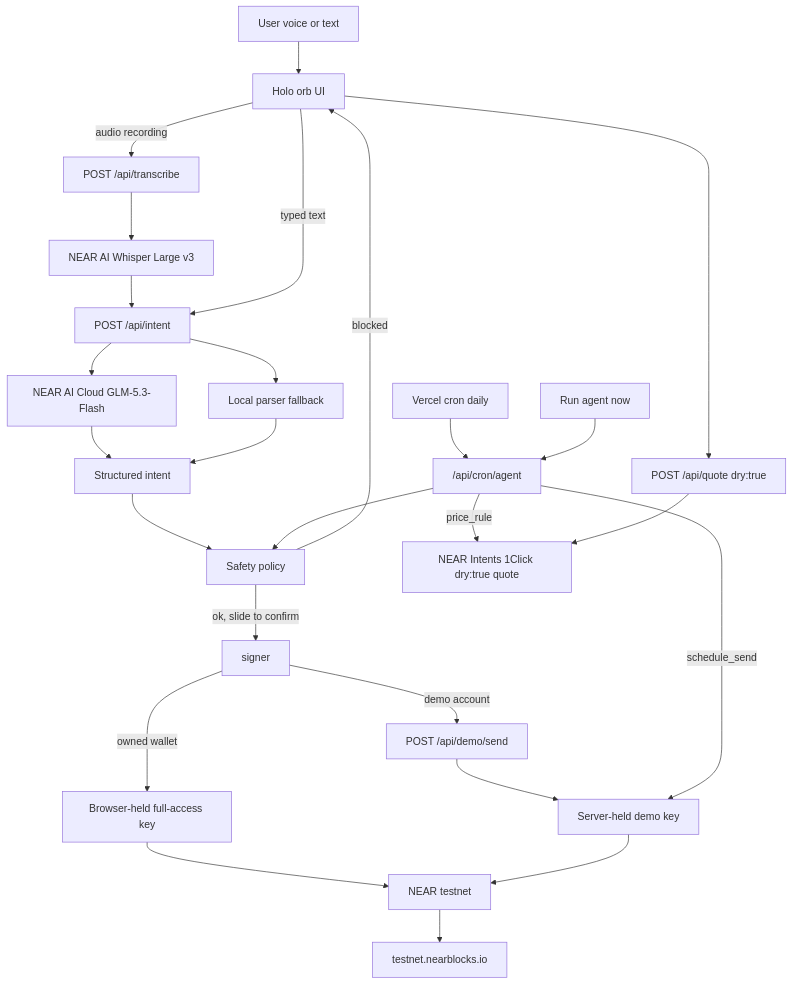
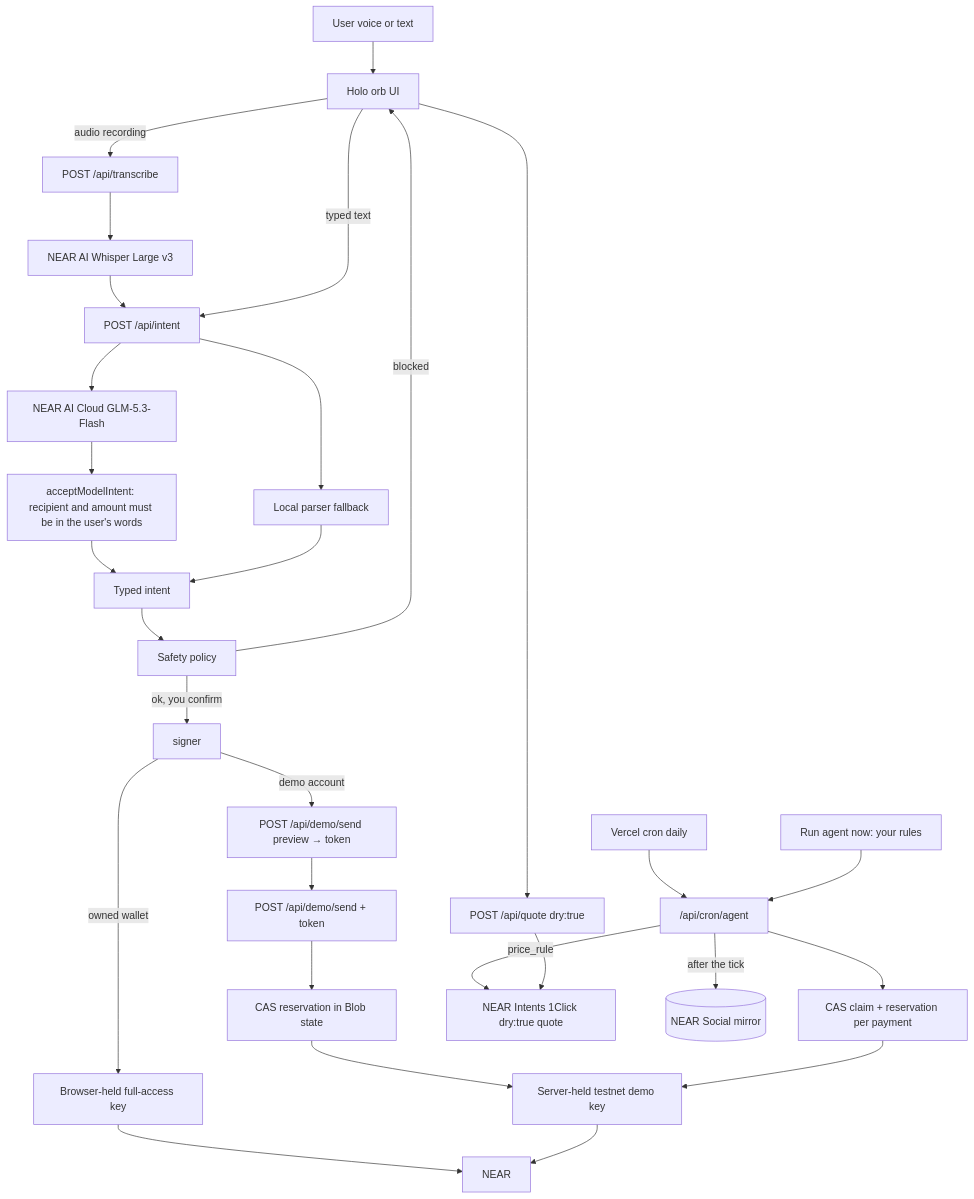
The diagram in docs/ARCHITECTURE.md (KhomDev/vibe-wallet), drawn with Mermaid before and after one commit. The commit also changed other lines of this file and 10 other files, not shown here.

````diff
--- a/docs/ARCHITECTURE.md
+++ b/docs/ARCHITECTURE.md
@@ -7,28 +7,31 @@
 ```mermaid
 flowchart TD
   user[User voice or text] --> orb[Holo orb UI]
   orb -->|audio recording| transcribe["POST /api/transcribe"]
   transcribe --> whisper[NEAR AI Whisper Large v3]
   whisper --> intentApi
   orb -->|typed text| intentApi["POST /api/intent"]
   intentApi --> nearai[NEAR AI Cloud GLM-5.3-Flash]
   intentApi --> local[Local parser fallback]
-  nearai --> intent[Structured intent]
+  nearai --> accept[acceptModelIntent: recipient and amount must be in the user's words]
+  accept --> intent[Typed intent]
   local --> intent
   intent --> policy[Safety policy]
   policy -->|blocked| orb
-  policy -->|ok, slide to confirm| signer
+  policy -->|ok, you confirm| signer
   signer -->|owned wallet| browserKey[Browser-held full-access key]
-  signer -->|demo account| demoApi["POST /api/demo/send"]
-  browserKey --> testnet[NEAR testnet]
-  demoApi --> serverKey[Server-held demo key]
-  serverKey --> testnet
-  testnet --> explorer[testnet.nearblocks.io]
+  signer -->|demo account| preview["POST /api/demo/send preview → token"]
+  preview --> demoApi["POST /api/demo/send + token"]
+  browserKey --> chain[NEAR]
+  demoApi --> reserve[CAS reservation in Blob state]
+  reserve --> serverKey[Server-held testnet demo key]
+  serverKey --> chain
   cron[Vercel cron daily] --> agent["/api/cron/agent"]
-  runNow[Run agent now] --> agent
-  agent --> policy
-  agent -->|schedule_send| serverKey
+  runNow[Run agent now: your rules] --> agent
+  agent --> claim[CAS claim + reservation per payment]
+  claim --> serverKey
   agent -->|price_rule| intents["NEAR Intents 1Click dry:true quote"]
+  agent -->|after the tick| social[(NEAR Social mirror)]
   orb --> quoteApi["POST /api/quote dry:true"]
   quoteApi --> intents
 ```
````
